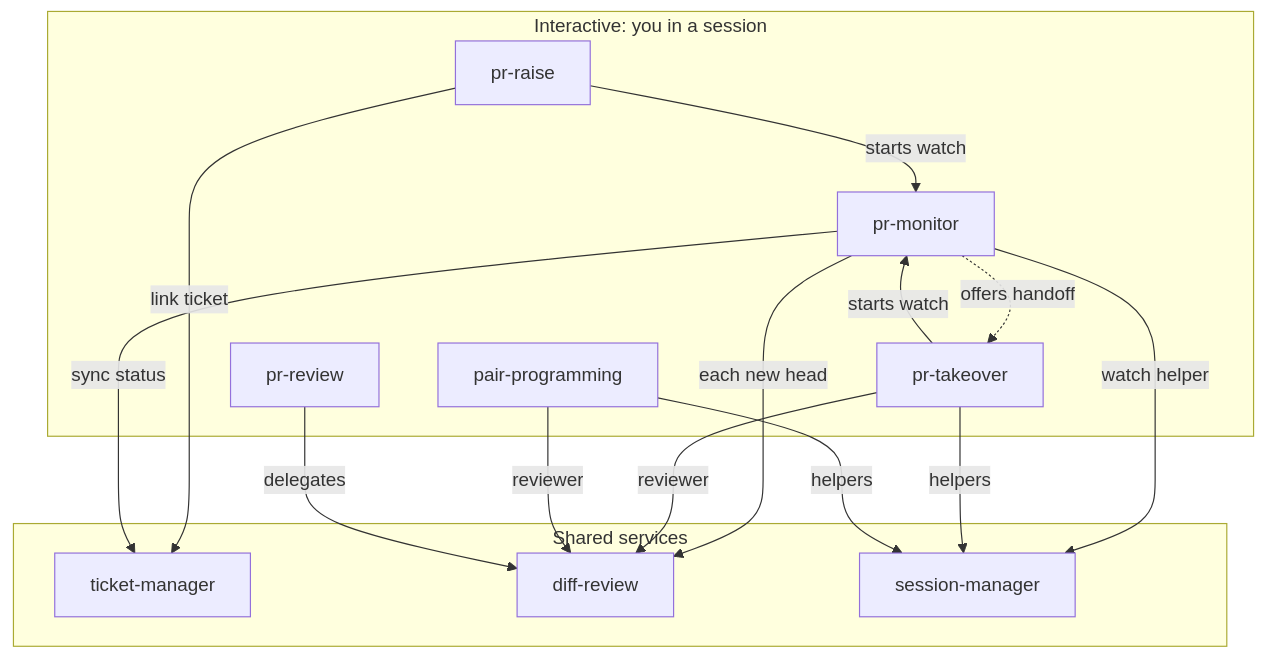
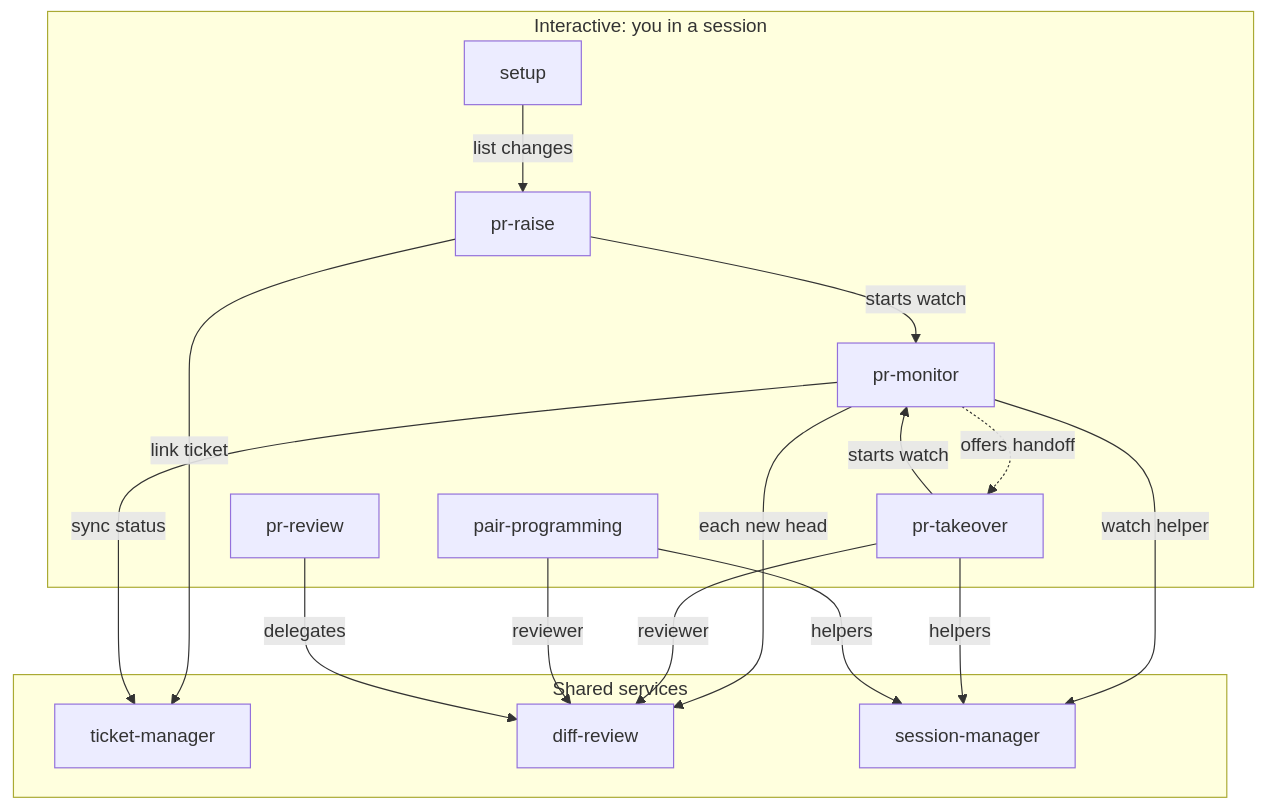
One commit to purnachand-jaddu/ai-skills changed the diagram in README.md. Above: the diagram before and after it, drawn with Mermaid. The commit also changed other lines of this file and 1 other file, not shown here.

First line of the commit message:
chore(install): run the third-party setup after linking skills

````diff
--- a/README.md
+++ b/README.md
@@ -9,28 +9,30 @@
 ```mermaid
 flowchart TD
   subgraph interactive["Interactive: you in a session"]
     raise[pr-raise]
     takeover[pr-takeover]
     pair[pair-programming]
     monitor[pr-monitor]
     prreview[pr-review]
+    setup[setup]
   end
   subgraph services["Shared services"]
     tickets[ticket-manager]
     review[diff-review]
     sessions[session-manager]
   end
 
   raise -->|starts watch| monitor
   takeover -->|starts watch| monitor
   monitor -.->|offers handoff| takeover
   raise -->|link ticket| tickets
   monitor -->|sync status| tickets
   monitor -->|each new head| review
   monitor -->|watch helper| sessions
   takeover -->|reviewer| review
   takeover -->|helpers| sessions
   pair -->|reviewer| review
   prreview -->|delegates| review
   pair -->|helpers| sessions
+  setup -->|list changes| raise
 ```
````
